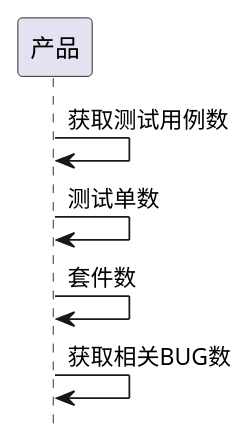
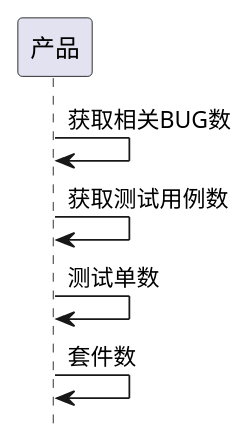
The fourth of 5 diagrams in ibizpms-docs/src/main/doc/v1/module/zentao/Product_old.md (goblinln/iBizPMS), drawn with PlantUML before and after one commit. The commit also changed other lines of this file and 230 other files, not shown here.

```diff
--- a/ibizpms-docs/src/main/doc/v1/module/zentao/Product_old.md
+++ b/ibizpms-docs/src/main/doc/v1/module/zentao/Product_old.md
@@ -221,8 +221,8 @@
 {% plantuml %}
 hide footbox
 
+产品 -> 产品: 获取相关BUG数
 产品 -> 产品: 获取测试用例数
 产品 -> 产品: 测试单数
 产品 -> 产品: 套件数
-产品 -> 产品: 获取相关BUG数
 {% endplantuml %}
```
